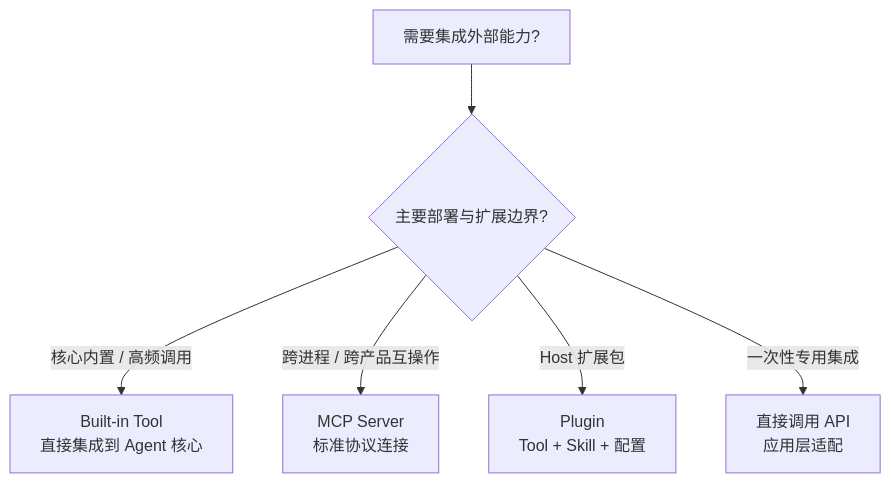
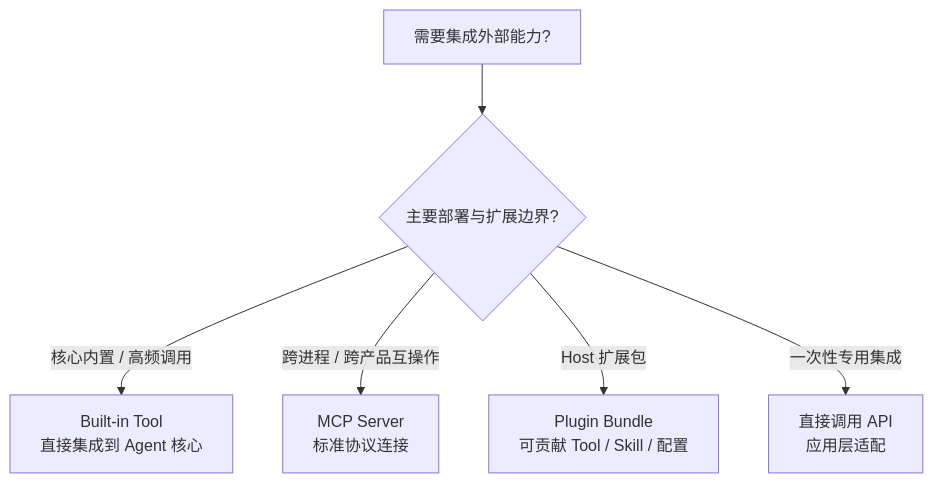
The second of 3 diagrams in docs/chapters/18-best-practices/README.md (dollarser/modern-ai-agent-architecture), drawn with Mermaid before and after one commit. The commit also changed other lines of this file and 132 other files, not shown here.

Commit message:
Finalize AI Agent book architecture and release preparation

````diff
--- a/docs/chapters/18-best-practices/README.md
+++ b/docs/chapters/18-best-practices/README.md
@@ -155,8 +164,8 @@
 ```mermaid
 flowchart TD
     A["需要集成外部能力?"] --> B{主要部署与扩展边界?}
     B -->|核心内置 / 高频调用| C["Built-in Tool<br/>直接集成到 Agent 核心"]
     B -->|跨进程 / 跨产品互操作| E["MCP Server<br/>标准协议连接"]
-    B -->|Host 扩展包| G["Plugin<br/>Tool + Skill + 配置"]
+    B -->|Host 扩展包| G["Plugin Bundle<br/>可贡献 Tool / Skill / 配置"]
     B -->|一次性专用集成| H["直接调用 API<br/>应用层适配"]
 ```
````
